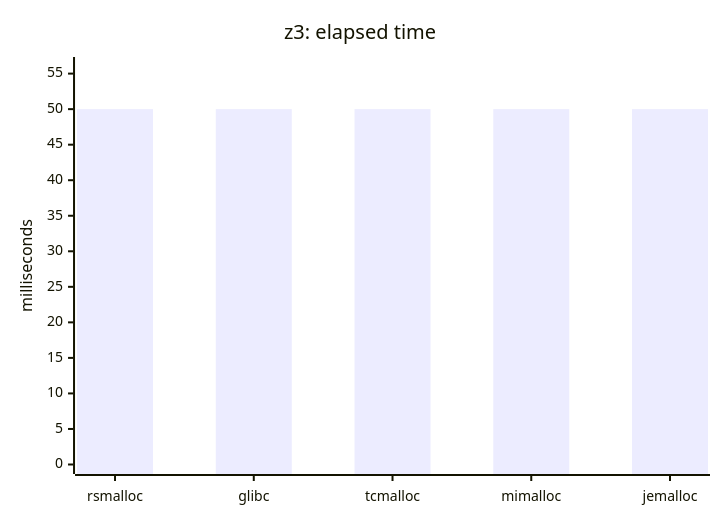
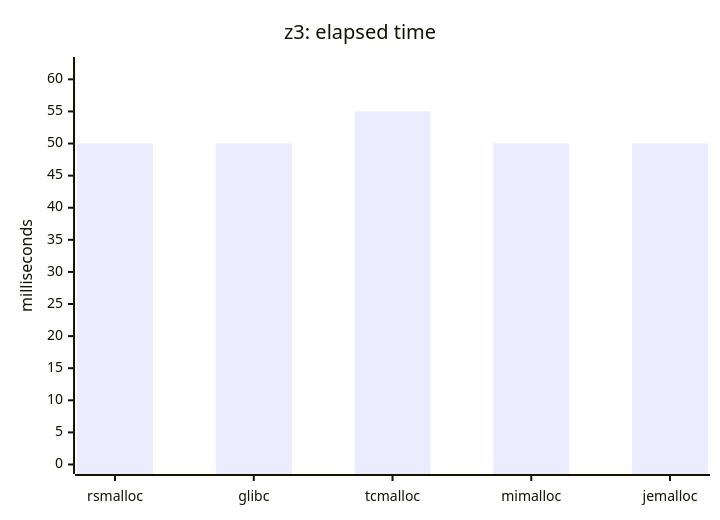
One commit to Metehan120/rsmalloc changed diagram 41 of 42 in benchmarks/benchmarks_detailed.md. Above: the diagram before and after it, drawn with Mermaid. The commit also changed other lines of this file and 3 other files, not shown here.

````diff
--- a/benchmarks/benchmarks_detailed.md
+++ b/benchmarks/benchmarks_detailed.md
@@ -668,7 +638,7 @@
 ```mermaid
 xychart-beta
     title "z3: elapsed time"
     x-axis [rsmalloc, glibc, tcmalloc, mimalloc, jemalloc]
-    y-axis "milliseconds" 0 --> 56
-    bar [50, 50, 50, 50, 50]
+    y-axis "milliseconds" 0 --> 62
+    bar [50, 50, 55, 50, 50]
 ```
````
